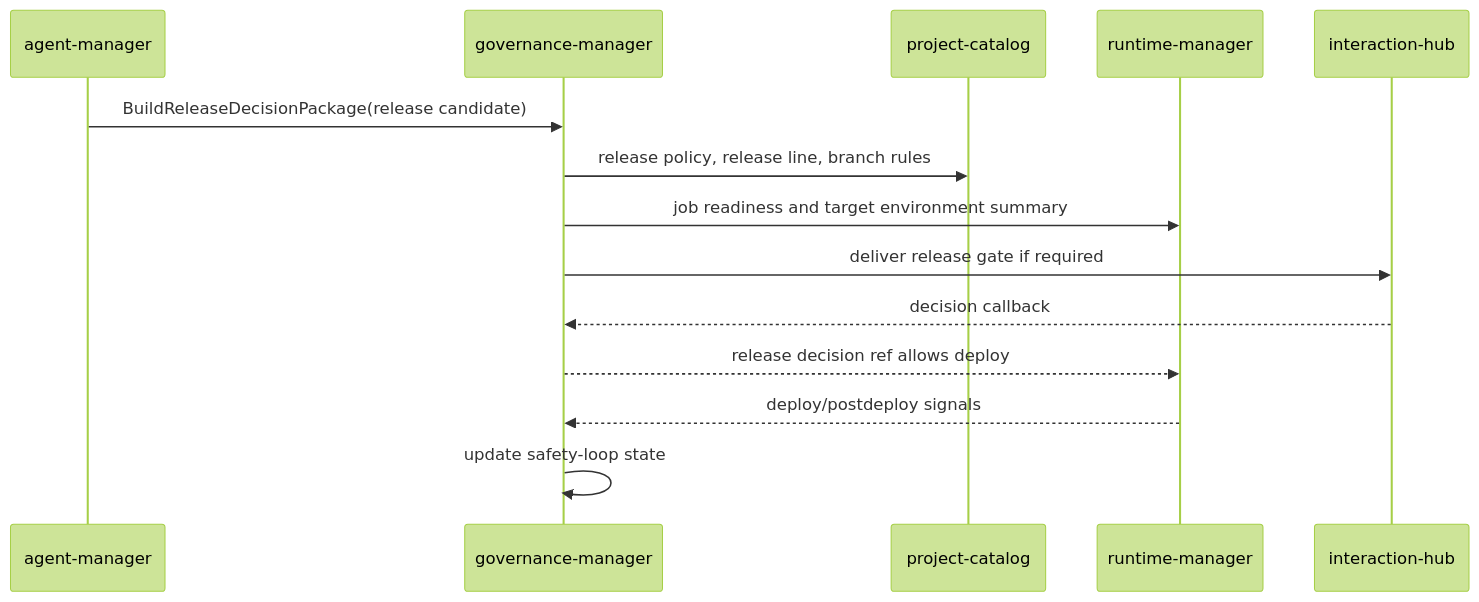
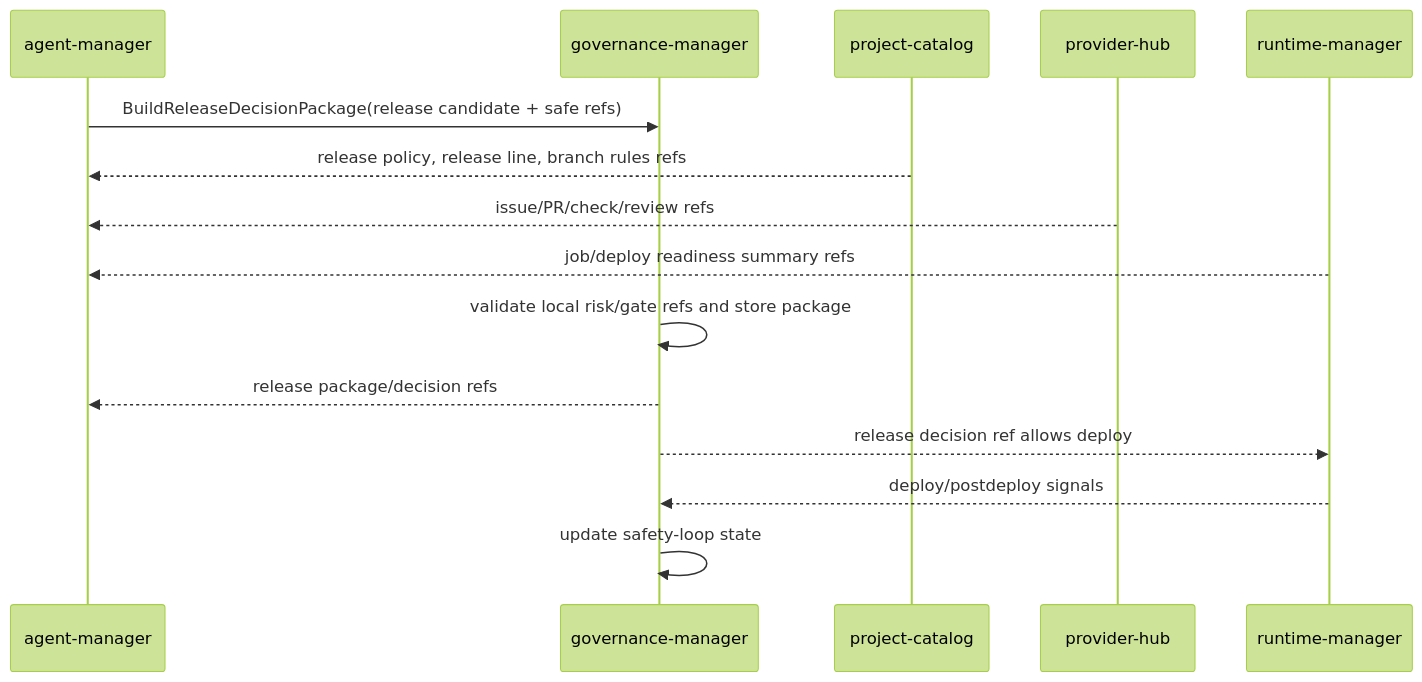
Before and after one commit to codex-k8s/kodex: the fourth of 4 diagrams in docs/domains/risk-and-release-governance/architecture/design.md, drawn with Mermaid (forest theme). The commit also changed other lines of this file and 22 other files, not shown here.

Commit message:
Add governance release integration refs

````diff
--- a/docs/domains/risk-and-release-governance/architecture/design.md
+++ b/docs/domains/risk-and-release-governance/architecture/design.md
@@ -127,16 +127,17 @@
 ```mermaid
 sequenceDiagram
   participant AM as agent-manager
   participant GOV as governance-manager
   participant PC as project-catalog
+  participant PH as provider-hub
   participant RT as runtime-manager
-  participant IH as interaction-hub
-  AM->>GOV: BuildReleaseDecisionPackage(release candidate)
-  GOV->>PC: release policy, release line, branch rules
-  GOV->>RT: job readiness and target environment summary
-  GOV->>IH: deliver release gate if required
-  IH-->>GOV: decision callback
+  AM->>GOV: BuildReleaseDecisionPackage(release candidate + safe refs)
+  PC-->>AM: release policy, release line, branch rules refs
+  PH-->>AM: issue/PR/check/review refs
+  RT-->>AM: job/deploy readiness summary refs
+  GOV->>GOV: validate local risk/gate refs and store package
+  GOV-->>AM: release package/decision refs
   GOV-->>RT: release decision ref allows deploy
   RT-->>GOV: deploy/postdeploy signals
   GOV->>GOV: update safety-loop state
 ```
````
